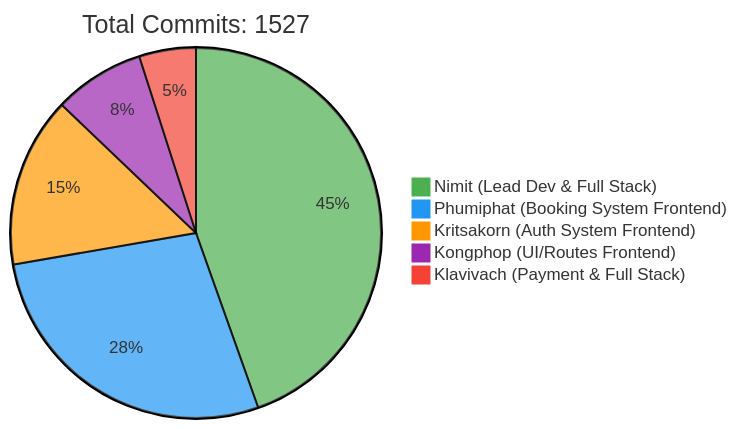
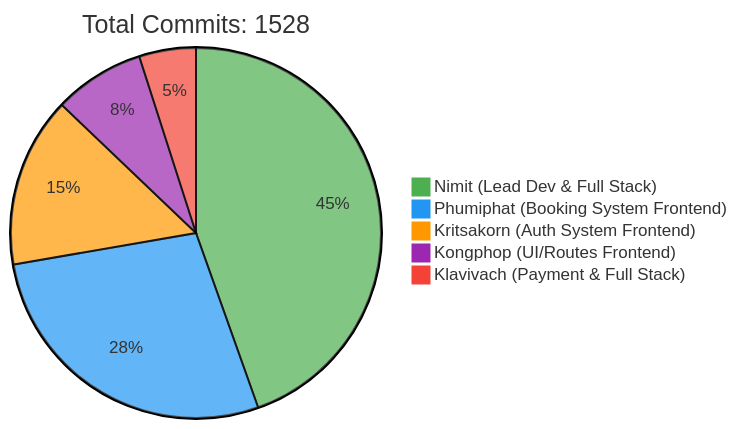
The first of 2 diagrams in README.md (6531503042/Sport-Complex), drawn with Mermaid before and after one commit. The commit also changed other lines of this file, not shown here.

Commit message:
docs: Update contributor statistics [skip ci]

````diff
--- a/README.md
+++ b/README.md
@@ -257,10 +257,10 @@
 ```mermaid
 %%{init: {'theme': 'base', 'themeVariables': { 'pie1': '#4CAF50', 'pie2': '#2196F3', 'pie3': '#FF9800', 'pie4': '#9C27B0', 'pie5': '#F44336'}}}%%
 pie
-    title Total Commits: 1527
+    title Total Commits: 1528
     "Nimit (Lead Dev & Full Stack)" : 450
     "Phumiphat (Booking System Frontend)" : 280
     "Kritsakorn (Auth System Frontend)" : 150
     "Kongphop (UI/Routes Frontend)" : 80
     "Klavivach (Payment & Full Stack)" : 50
 ```
````
